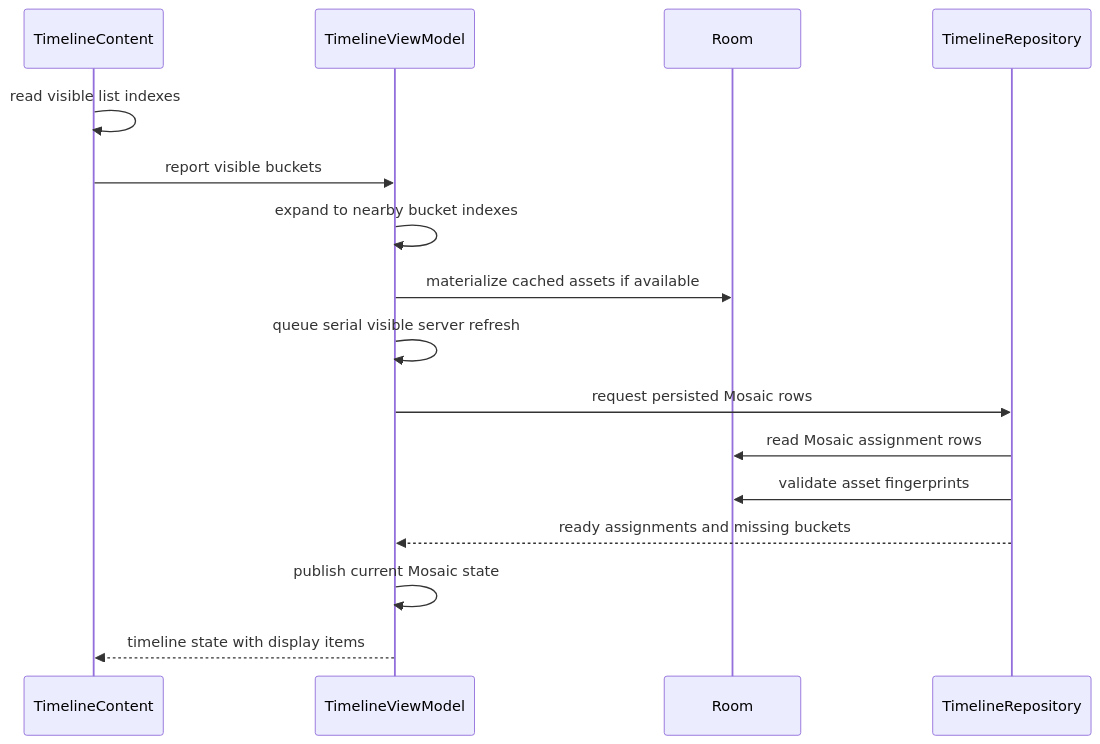
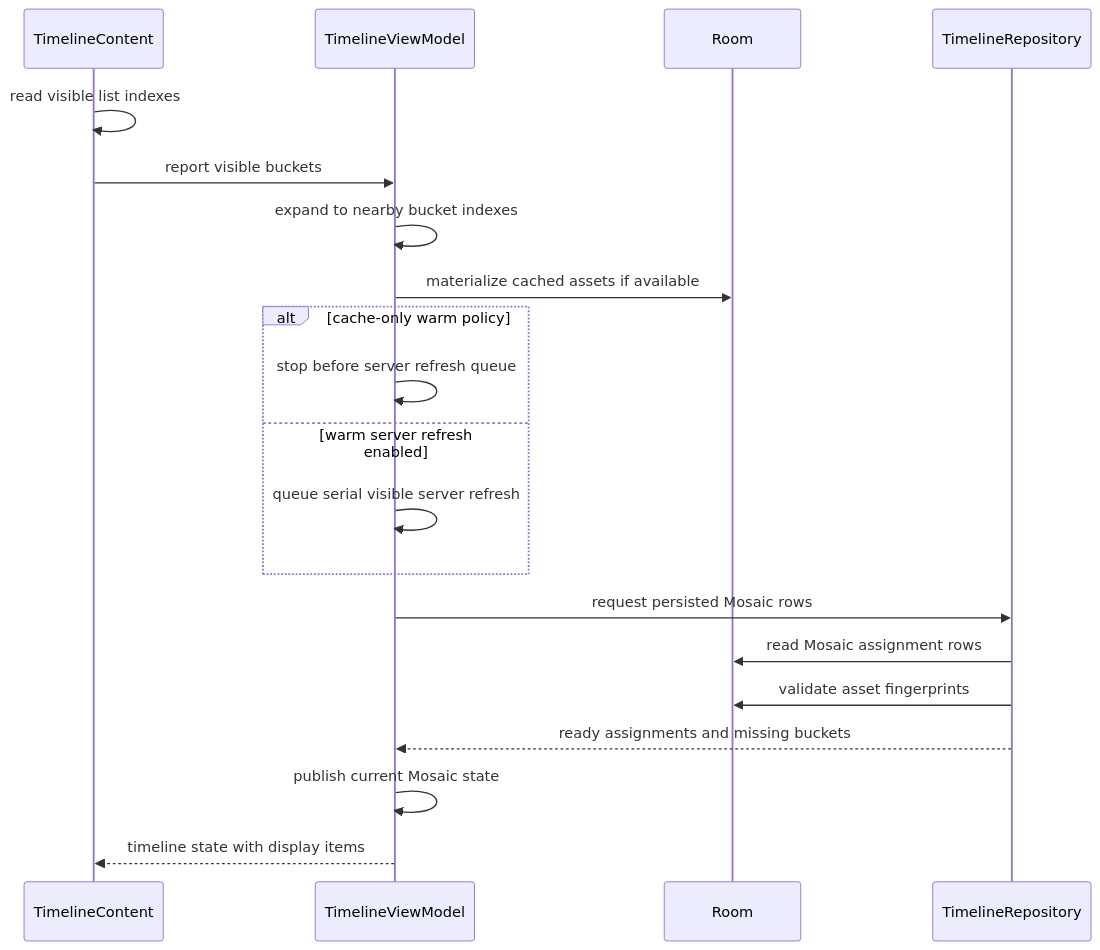
Before and after one commit to ch4ndu/ImmichGallery: the fourth of 6 diagrams in docs/timeline.md, drawn with Mermaid. The commit also changed other lines of this file and 12 other files, not shown here.

Commit message:
remove on launch sync and rely on timeline cache for loading

````diff
--- a/docs/timeline.md
+++ b/docs/timeline.md
@@ -354,19 +364,23 @@
 ```mermaid
 sequenceDiagram
     participant UI as TimelineContent
     participant VM as TimelineViewModel
     participant DB as Room
     participant Repo as TimelineRepository
 
     UI->>UI: read visible list indexes
     UI->>VM: report visible buckets
     VM->>VM: expand to nearby bucket indexes
     VM->>DB: materialize cached assets if available
-    VM->>VM: queue serial visible server refresh
+    alt cache-only warm policy
+        VM->>VM: stop before server refresh queue
+    else warm server refresh enabled
+        VM->>VM: queue serial visible server refresh
+    end
     VM->>Repo: request persisted Mosaic rows
     Repo->>DB: read Mosaic assignment rows
     Repo->>DB: validate asset fingerprints
     Repo-->>VM: ready assignments and missing buckets
     VM->>VM: publish current Mosaic state
     VM-->>UI: timeline state with display items
 ```
````
